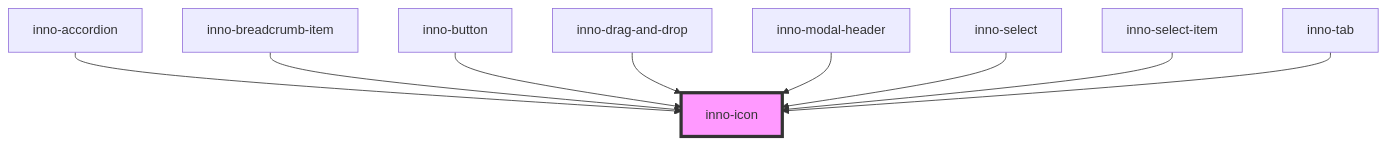
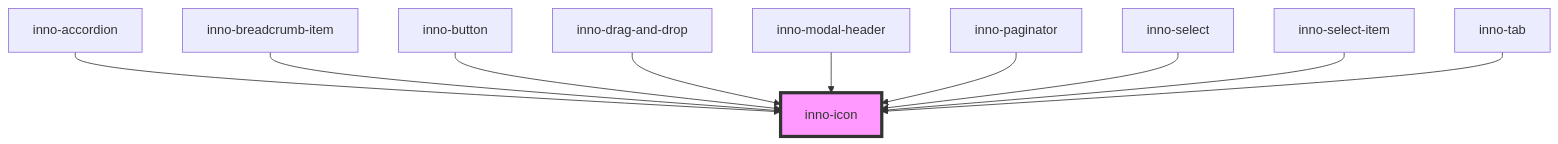
One commit to innomotics/brand-experience changed the diagram in packages/stencil-lib/src/components/inno-icon/readme.md. Above: the diagram before and after it, drawn with Mermaid. The commit also changed other lines of this file and 17 other files, not shown here.

````diff
--- a/packages/stencil-lib/src/components/inno-icon/readme.md
+++ b/packages/stencil-lib/src/components/inno-icon/readme.md
@@ -106,12 +107,13 @@
 ```mermaid
 graph TD;
   inno-accordion --> inno-icon
   inno-breadcrumb-item --> inno-icon
   inno-button --> inno-icon
   inno-drag-and-drop --> inno-icon
   inno-modal-header --> inno-icon
+  inno-paginator --> inno-icon
   inno-select --> inno-icon
   inno-select-item --> inno-icon
   inno-tab --> inno-icon
   style inno-icon fill:#f9f,stroke:#333,stroke-width:4px
 ```
````
